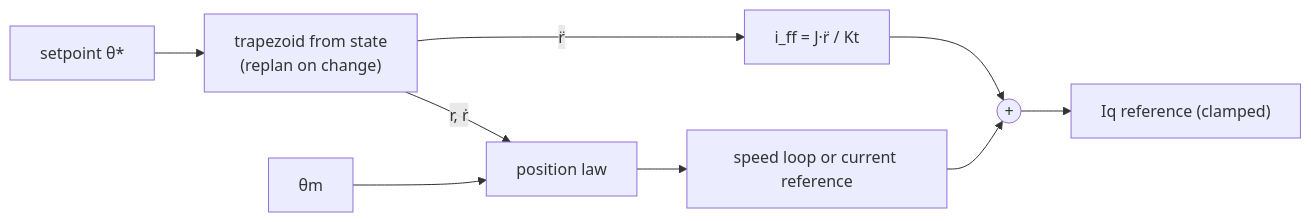
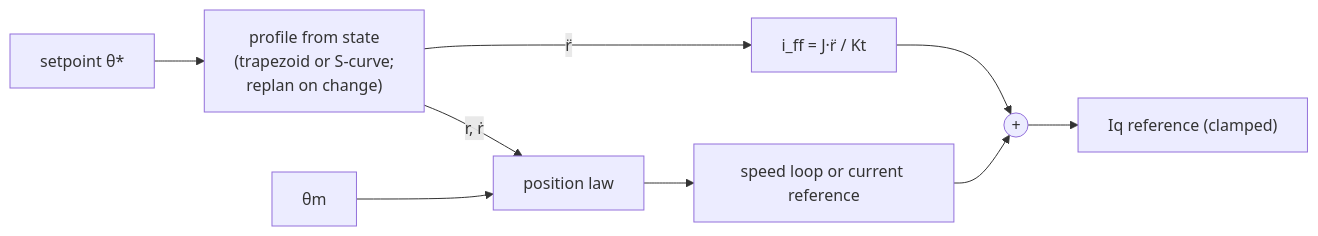
Before and after one commit to embedded-pro/e-foc: the diagram in documentation/theory/position-motion-profile.md, drawn with Mermaid. The commit also changed other lines of this file and 12 other files, not shown here.

First line of the commit message:
feat(position): jerk-limited S-curve motion profile (#715)

````diff
--- a/documentation/theory/position-motion-profile.md
+++ b/documentation/theory/position-motion-profile.md
@@ -166,11 +196,11 @@
 ```mermaid
 flowchart LR
-    SP["setpoint θ*"] --> PL["trapezoid from state<br/>(replan on change)"]
+    SP["setpoint θ*"] --> PL["profile from state<br/>(trapezoid or S-curve;<br/>replan on change)"]
     PL -->|"r, ṙ"| LAW["position law"]
     PL -->|"r̈"| FF["i_ff = J·r̈ / Kt"]
     TH["θm"] --> LAW
     LAW --> SL["speed loop or current reference"]
     SL --> SUM(("+"))
     FF --> SUM
     SUM --> IQ["Iq reference (clamped)"]
 ```
````
